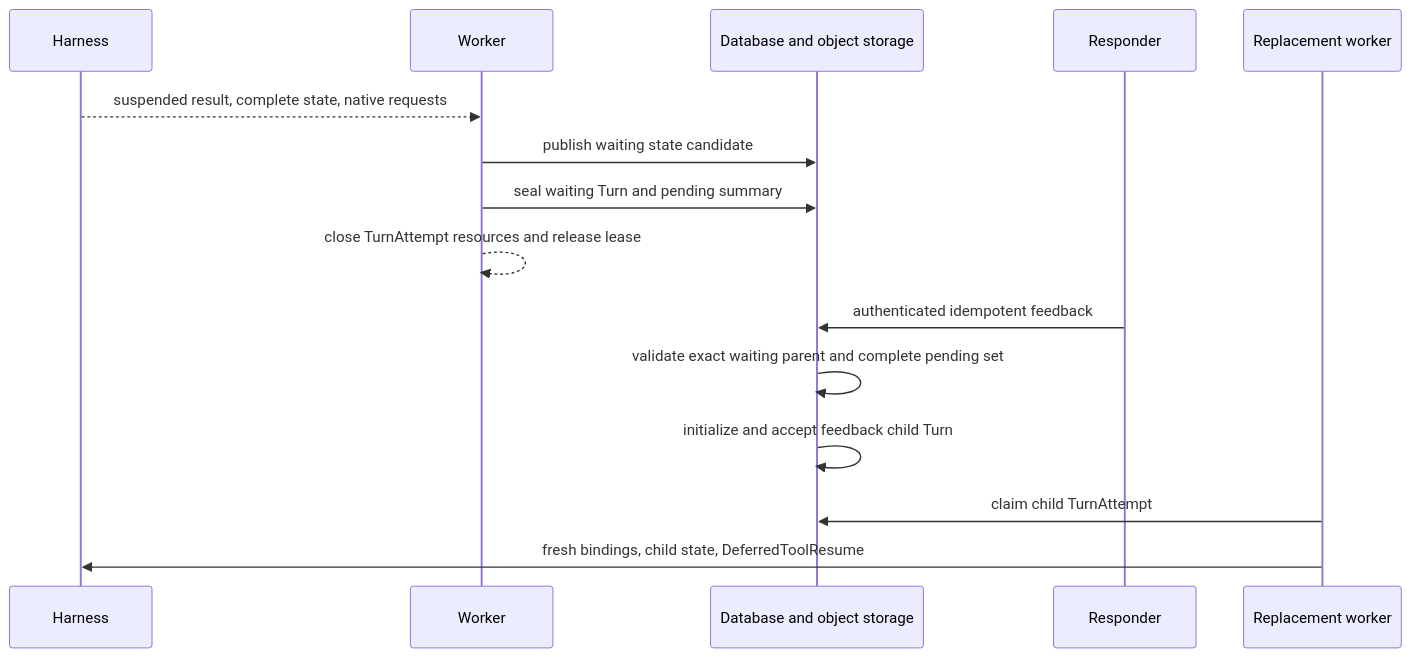
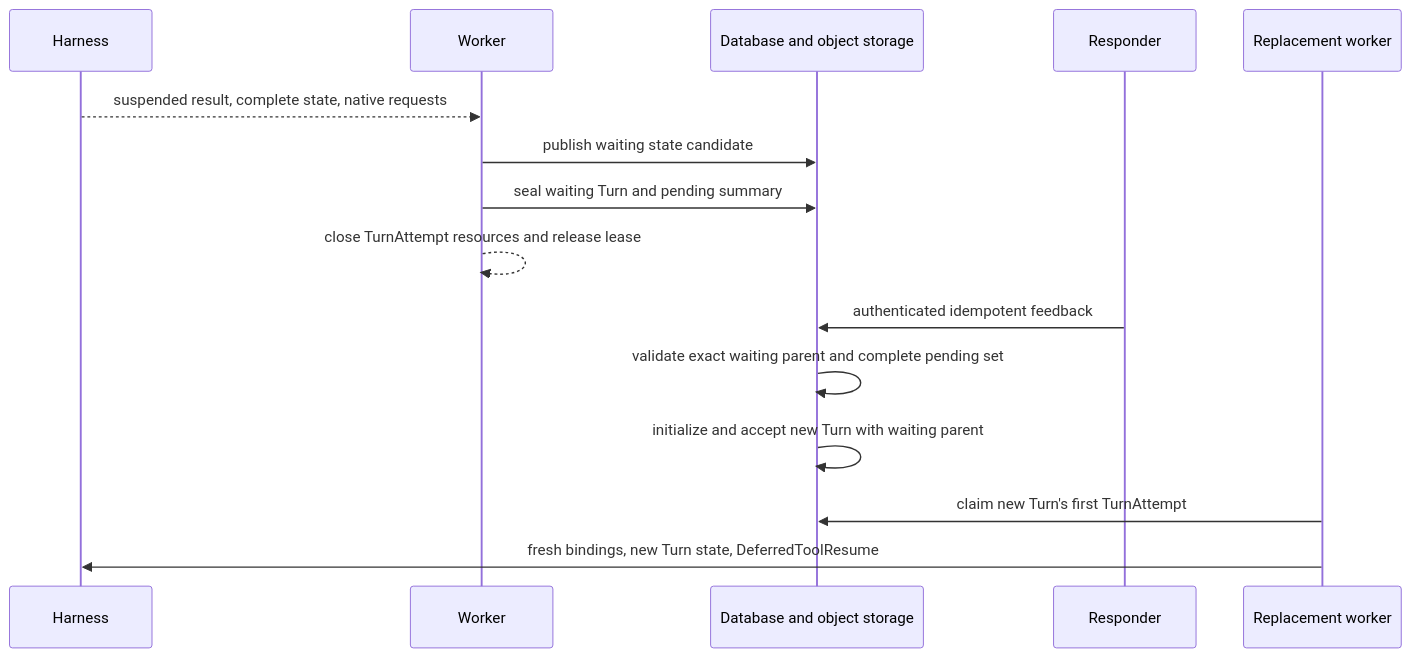
Before and after one commit to converge-ai-labs/agent-foundation: the first of 3 diagrams in spec/foundation-service/18-deferred-actions-and-children.md, drawn with Mermaid. The commit also changed other lines of this file and 16 other files, not shown here.

Commit message:
(feature:*) unify spec on turn and turn attempt

````diff
--- a/spec/foundation-service/18-deferred-actions-and-children.md
+++ b/spec/foundation-service/18-deferred-actions-and-children.md
@@ -41,18 +41,18 @@
 ```mermaid
 sequenceDiagram
     participant Harness
     participant Worker
     participant Durable as Database and object storage
     participant Responder
     participant NextWorker as Replacement worker
 
     Harness-->>Worker: suspended result, complete state, native requests
     Worker->>Durable: publish waiting state candidate
     Worker->>Durable: seal waiting Turn and pending summary
     Worker-->>Worker: close TurnAttempt resources and release lease
     Responder->>Durable: authenticated idempotent feedback
     Durable->>Durable: validate exact waiting parent and complete pending set
-    Durable->>Durable: initialize and accept feedback child Turn
-    NextWorker->>Durable: claim child TurnAttempt
-    NextWorker->>Harness: fresh bindings, child state, DeferredToolResume
+    Durable->>Durable: initialize and accept new Turn with waiting parent
+    NextWorker->>Durable: claim new Turn's first TurnAttempt
+    NextWorker->>Harness: fresh bindings, new Turn state, DeferredToolResume
 ```
````
